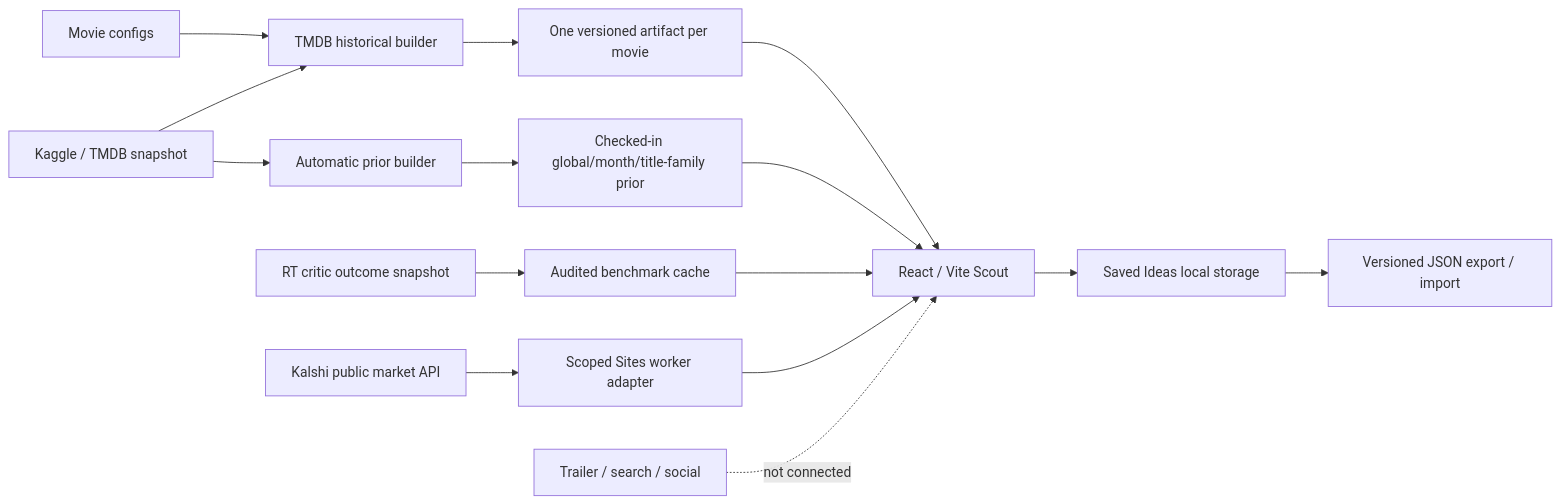
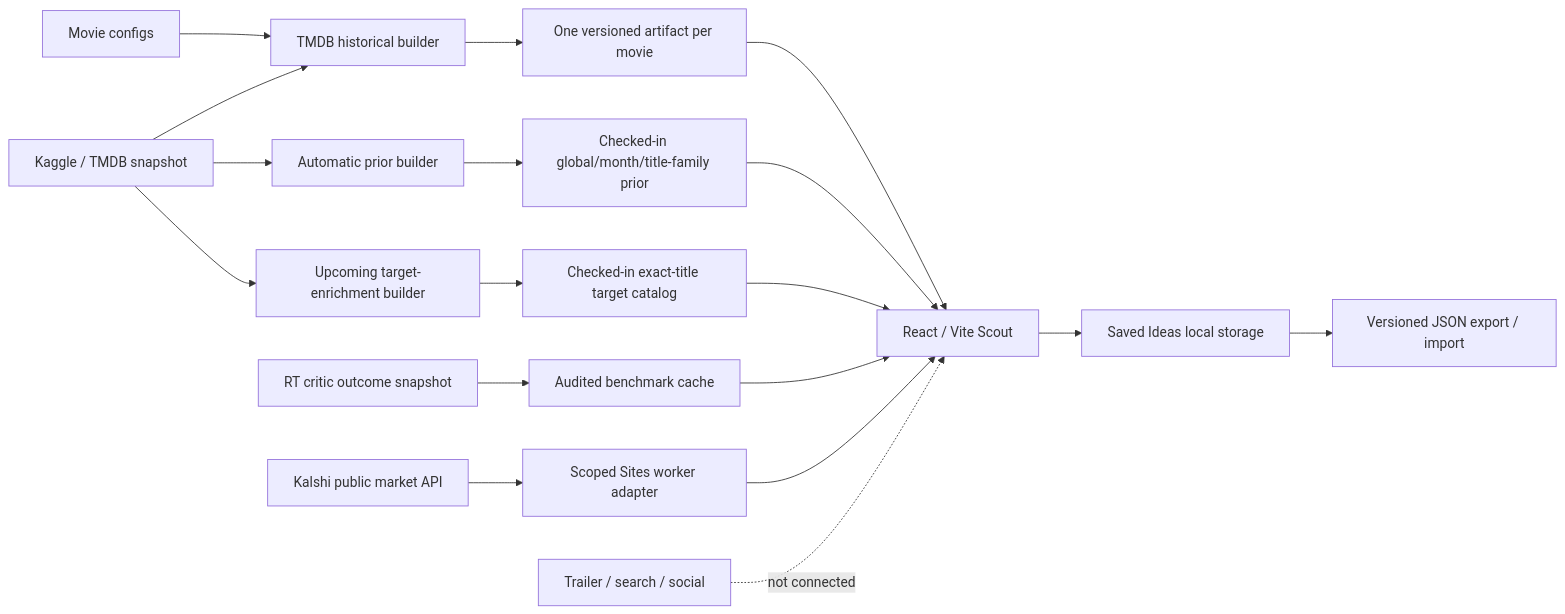
Before and after one commit to CheickDiakite-yikes/cutline-movie-market: the diagram in README.md, drawn with Mermaid. The commit also changed other lines of this file and 15 other files, not shown here.

````diff
--- a/README.md
+++ b/README.md
@@ -174,18 +191,21 @@
 ```mermaid
 flowchart LR
     A[Movie configs] --> B[TMDB historical builder]
     C[Kaggle / TMDB snapshot] --> B
     B --> D[One versioned artifact per movie]
     C --> M[Automatic prior builder]
     M --> N[Checked-in global/month/title-family prior]
+    C --> O[Upcoming target-enrichment builder]
+    O --> P[Checked-in exact-title target catalog]
     E[RT critic outcome snapshot] --> F[Audited benchmark cache]
     D --> G[React / Vite Scout]
     N --> G
+    P --> G
     F --> G
     H[Kalshi public market API] --> I[Scoped Sites worker adapter]
     I --> G
     G --> J[Saved Ideas local storage]
     J --> K[Versioned JSON export / import]
 
     L[Trailer / search / social] -. not connected .-> G
 ```
````
